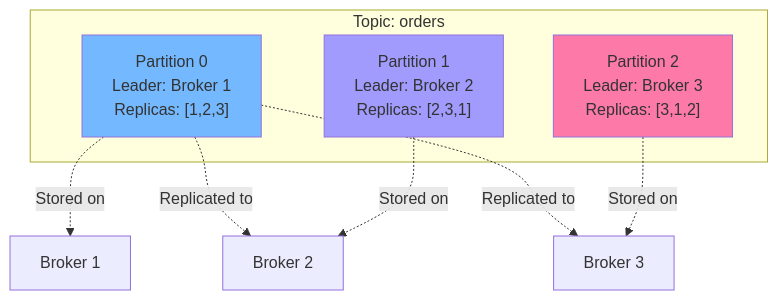
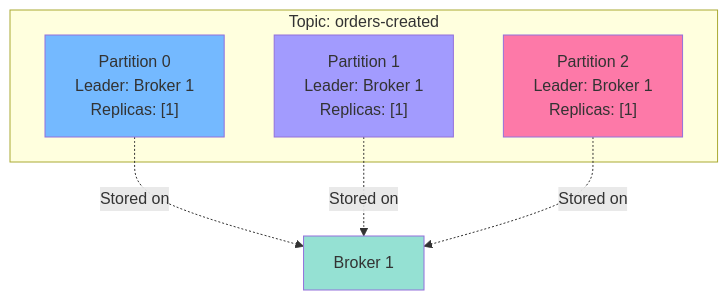
One commit to tomakazoo/ai-family-blog changed the third of 11 diagrams in src/content/posts/part-04-hands-on-kafka.md. Above: the diagram before and after it, drawn with Mermaid. The commit also changed other lines of this file, not shown here.

````diff
--- a/src/content/posts/part-04-hands-on-kafka.md
+++ b/src/content/posts/part-04-hands-on-kafka.md
@@ -282,23 +273,19 @@
 ```mermaid
 graph TB
-    subgraph "Topic: orders"
-        P0["Partition 0<br/>Leader: Broker 1<br/>Replicas: [1,2,3]"]
-        P1["Partition 1<br/>Leader: Broker 2<br/>Replicas: [2,3,1]"]
-        P2["Partition 2<br/>Leader: Broker 3<br/>Replicas: [3,1,2]"]
+    subgraph "Topic: orders-created"
+        P0["Partition 0<br/>Leader: Broker 1<br/>Replicas: [1]"]
+        P1["Partition 1<br/>Leader: Broker 1<br/>Replicas: [1]"]
+        P2["Partition 2<br/>Leader: Broker 1<br/>Replicas: [1]"]
     end
     
     B1[Broker 1]
-    B2[Broker 2]
-    B3[Broker 3]
     
     P0 -.->|Stored on| B1
-    P0 -.->|Replicated to| B2
-    P0 -.->|Replicated to| B3
-    
-    P1 -.->|Stored on| B2
-    P2 -.->|Stored on| B3
+    P1 -.->|Stored on| B1
+    P2 -.->|Stored on| B1
     
     style P0 fill:#74b9ff
     style P1 fill:#a29bfe
     style P2 fill:#fd79a8
+    style B1 fill:#95e1d3
 ```
````
